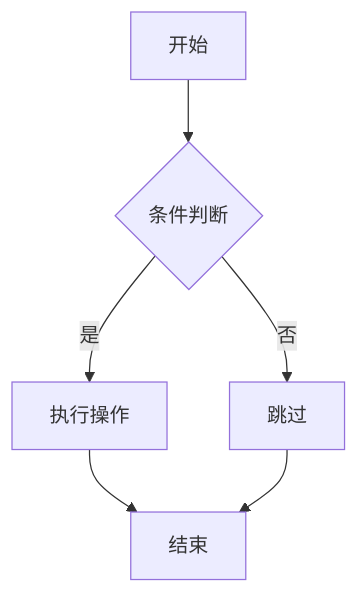
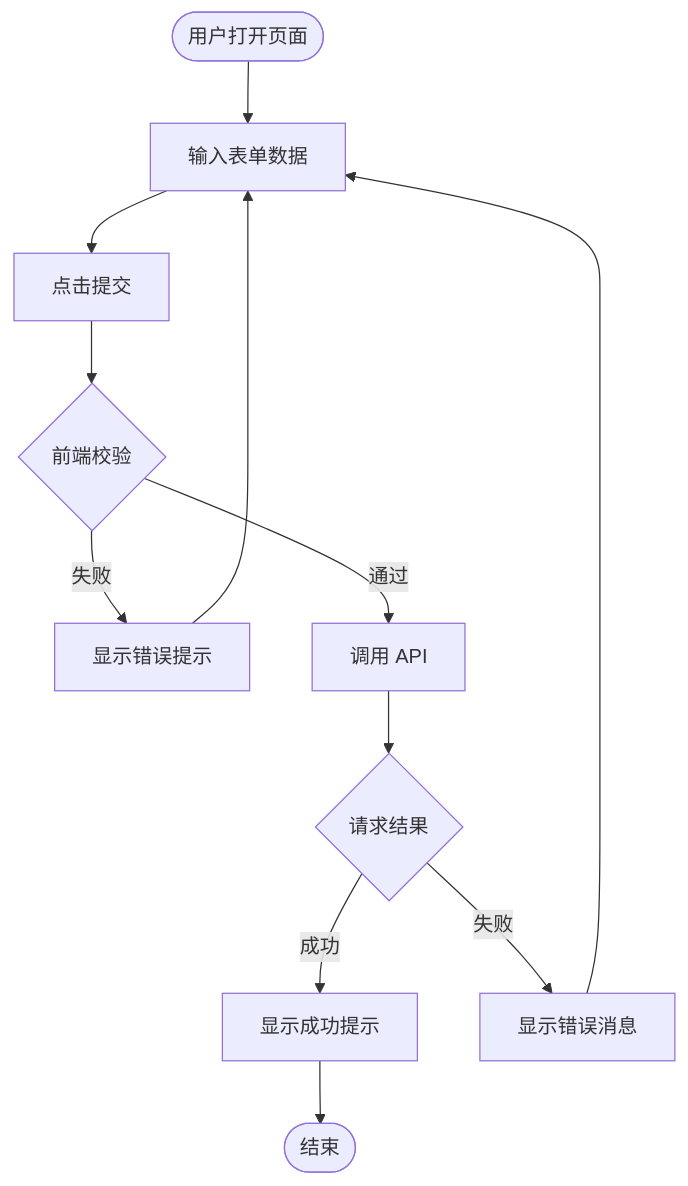
One commit to kevinqpeng/generate-tech-proposal changed the fourth of 4 diagrams in SKILL.md. Above: the diagram before and after it, drawn with Mermaid. The commit also changed other lines of this file and 2 other files, not shown here.

Commit message:
feat: 区分前后端流程图使用规范
- 后端业务流程：使用时序图（sequenceDiagram）展示系统组件交互
- 前端交互流程：使用 flowchart 展示用户操作和页面跳转
- 新增前端流程示例：用户登录、表单提交、页面加载
- 更新图表选择指南，明确前后端场景的图表选择
- 更新 SKILL.md 和 README.md 说明文档

````diff
--- a/SKILL.md
+++ b/SKILL.md
@@ -169,8 +171,14 @@
 ```mermaid
 flowchart TD
-    A[开始] --> B{条件判断}
-    B -->|是| C[执行操作]
-    B -->|否| D[跳过]
-    C --> E[结束]
-    D --> E
+    A([用户打开页面]) --> B[输入表单数据]
+    B --> C[点击提交]
+    C --> D{前端校验}
+    D -->|失败| E[显示错误提示]
+    E --> B
+    D -->|通过| F[调用 API]
+    F --> G{请求结果}
+    G -->|成功| H[显示成功提示]
+    G -->|失败| I[显示错误消息]
+    H --> J([结束])
+    I --> B
 ```
````
